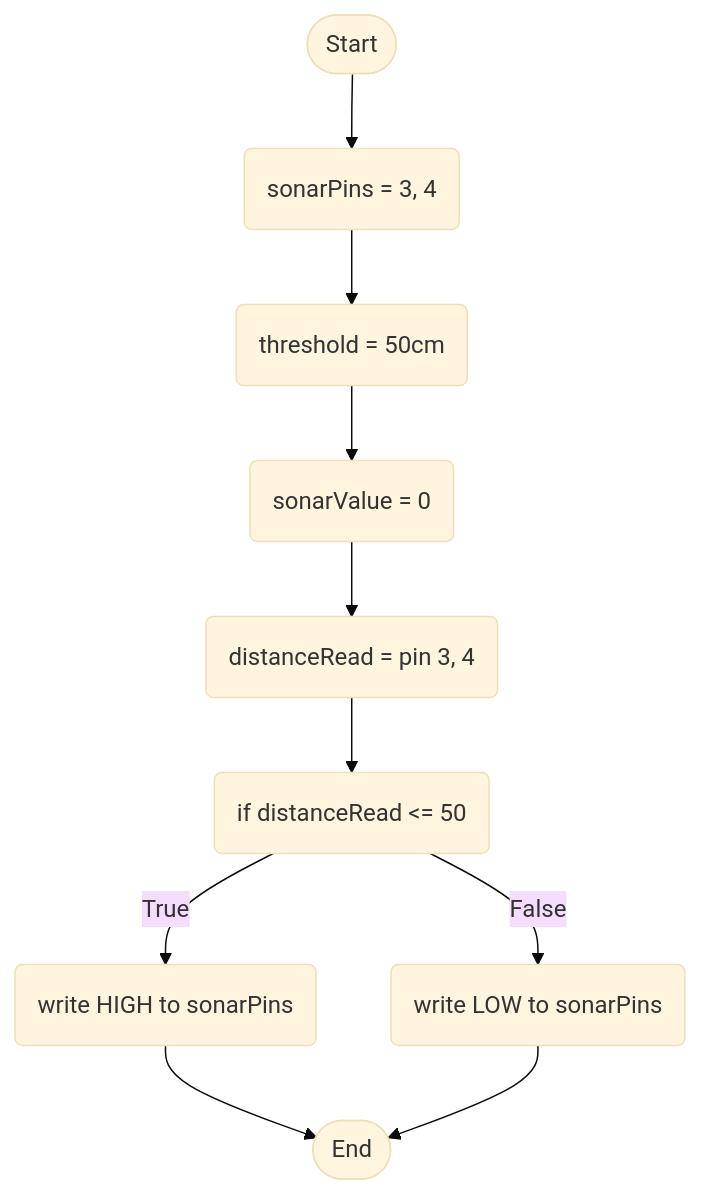
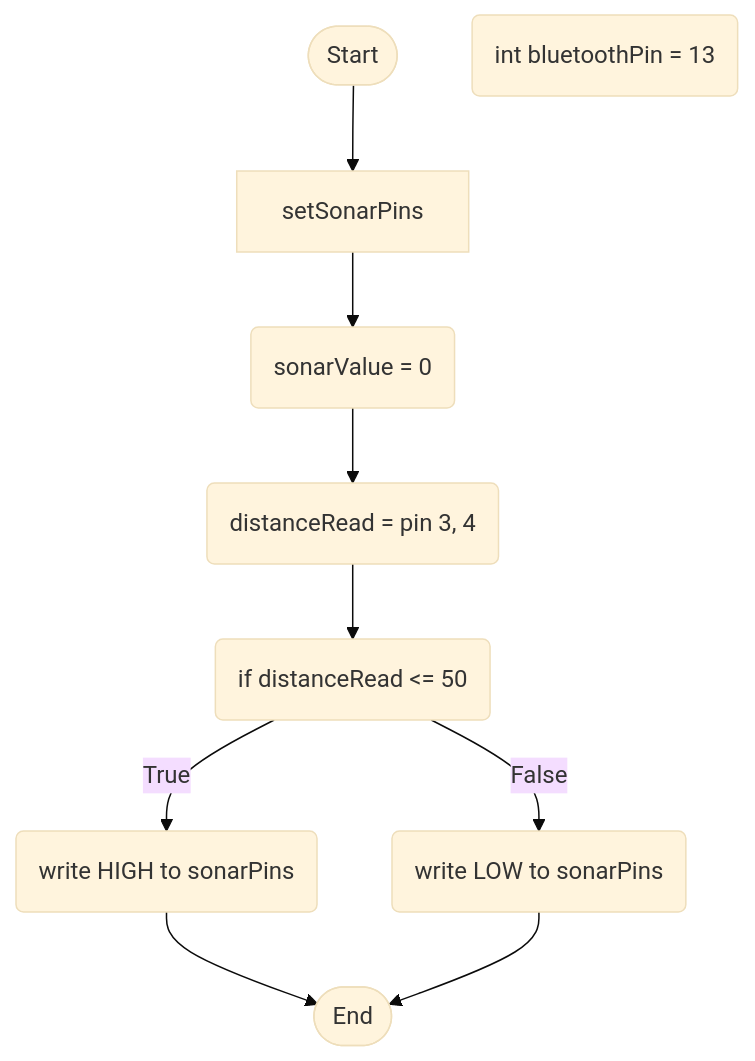
Before and after one commit to 4060269/SmartWorkstationAssessment3: the diagram in Flowcharts/bluetoothLogic.md, drawn with Mermaid (base theme).

````diff
--- a/Flowcharts/bluetoothLogic.md
+++ b/Flowcharts/bluetoothLogic.md
@@ -4,22 +4,20 @@
 ```mermaid
 flowchart TD
 terminalStart([Start])
 terminalEnd([End])
-setSonarPins(sonarPins = 3, 4)
-setThreshold(threshold = 50cm)
+setbluetoothPin(int bluetoothPin = 13)
 createSonarValue(sonarValue = 0)
 currentValue(distanceRead = pin 3, 4)
 activateSonar0(if distanceRead <= 50)
 activateSonar1(write HIGH to sonarPins)
 activateSonar2(write LOW to sonarPins)
 
 terminalStart --> setSonarPins
-setSonarPins --> setThreshold
-setThreshold --> createSonarValue
+setSonarPins --> createSonarValue
 createSonarValue --> currentValue
 currentValue --> activateSonar0
 activateSonar0 --> |True| activateSonar1
 activateSonar0 --> |False| activateSonar2
 activateSonar1 --> terminalEnd
 activateSonar2 --> terminalEnd
 ```
````
